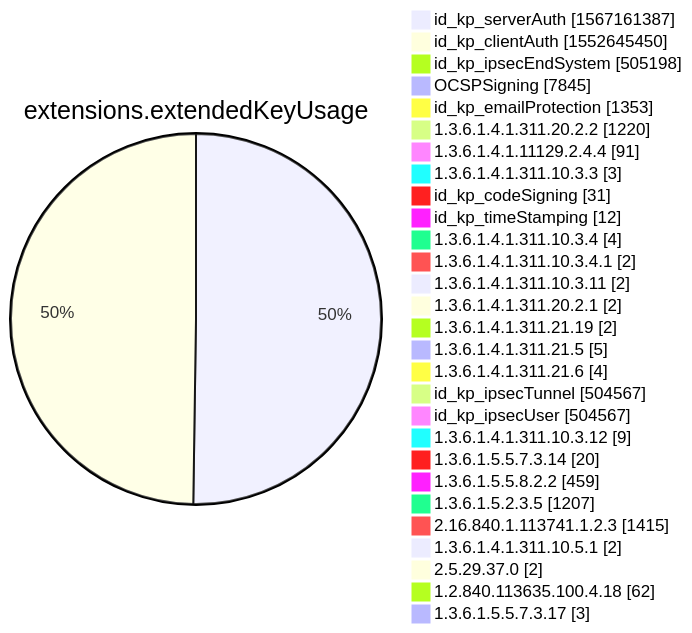
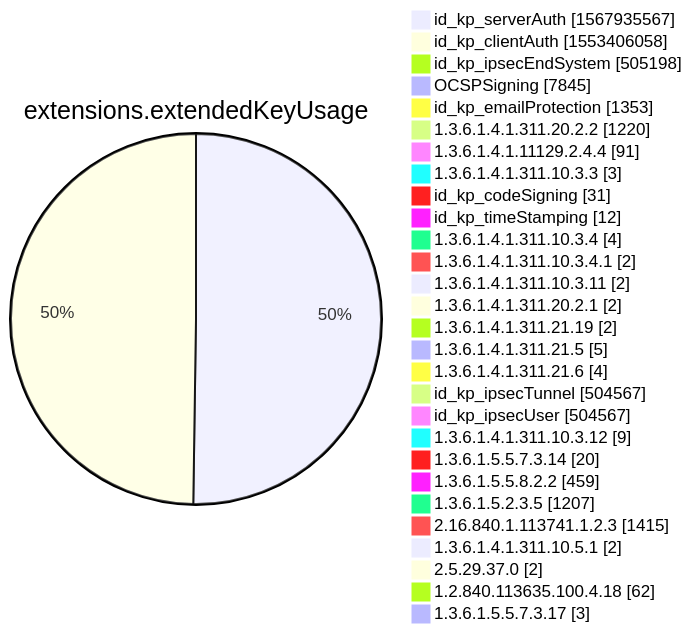
Before and after one commit to christiankrug/ctmonitor_visualization: diagram 12 of 15 in xenon2022/README.md, drawn with Mermaid. The commit also changed other lines of this file, not shown here.

````diff
--- a/xenon2022/README.md
+++ b/xenon2022/README.md
@@ -3883,32 +3883,32 @@
 ```mermaid
 pie showData
 title extensions.extendedKeyUsage
-"id_kp_serverAuth" :1567161387
-"id_kp_clientAuth" :1552645450
+"id_kp_serverAuth" :1567935567
+"id_kp_clientAuth" :1553406058
 "id_kp_ipsecEndSystem" :505198
 "OCSPSigning" :7845
 "id_kp_emailProtection" :1353
 "1.3.6.1.4.1.311.20.2.2" :1220
 "1.3.6.1.4.1.11129.2.4.4" :91
 "1.3.6.1.4.1.311.10.3.3" :3
 "id_kp_codeSigning" :31
 "id_kp_timeStamping" :12
 "1.3.6.1.4.1.311.10.3.4" :4
 "1.3.6.1.4.1.311.10.3.4.1" :2
 "1.3.6.1.4.1.311.10.3.11" :2
 "1.3.6.1.4.1.311.20.2.1" :2
 "1.3.6.1.4.1.311.21.19" :2
 "1.3.6.1.4.1.311.21.5" :5
 "1.3.6.1.4.1.311.21.6" :4
 "id_kp_ipsecTunnel" :504567
 "id_kp_ipsecUser" :504567
 "1.3.6.1.4.1.311.10.3.12" :9
 "1.3.6.1.5.5.7.3.14" :20
 "1.3.6.1.5.5.8.2.2" :459
 "1.3.6.1.5.2.3.5" :1207
 "2.16.840.1.113741.1.2.3" :1415
 "1.3.6.1.4.1.311.10.5.1" :2
 "2.5.29.37.0" :2
 "1.2.840.113635.100.4.18" :62
 "1.3.6.1.5.5.7.3.17" :3
 ```
````
